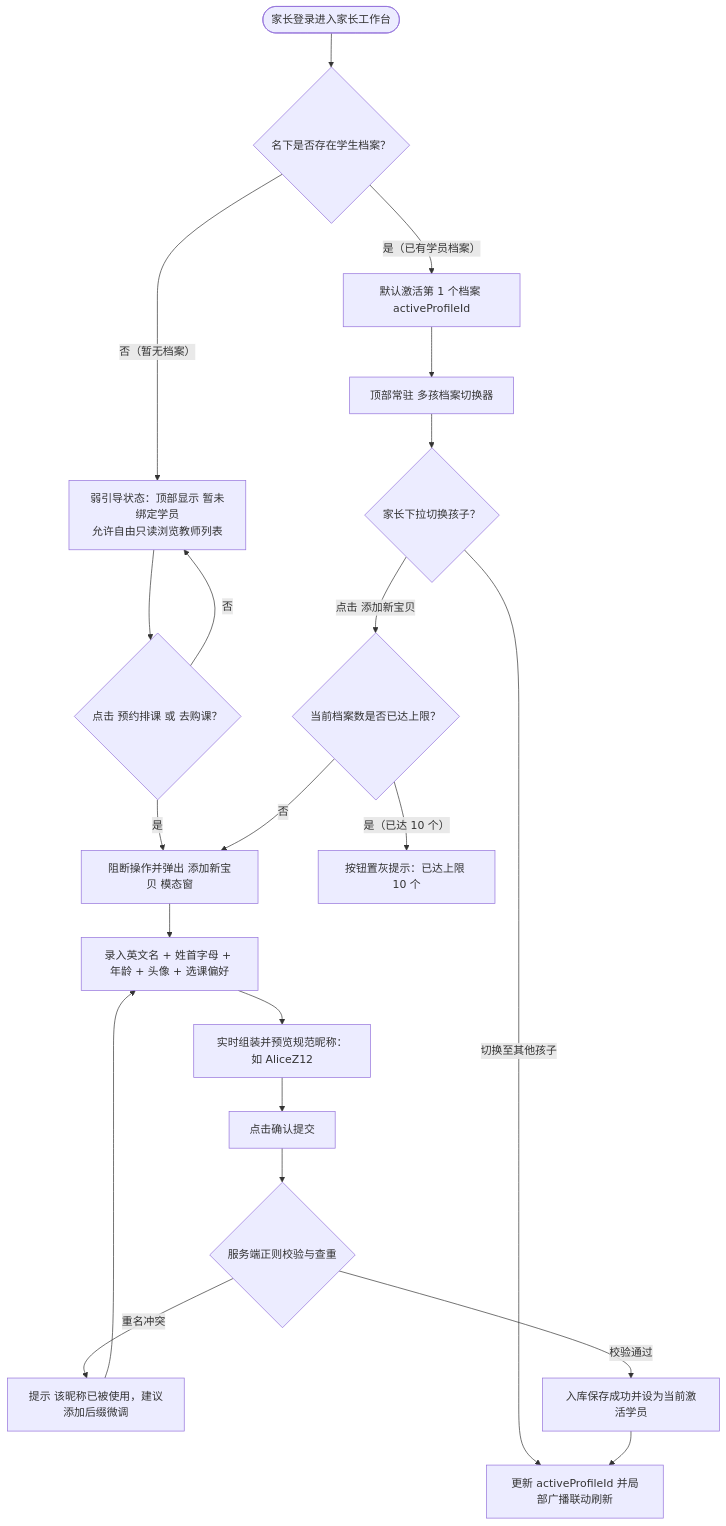
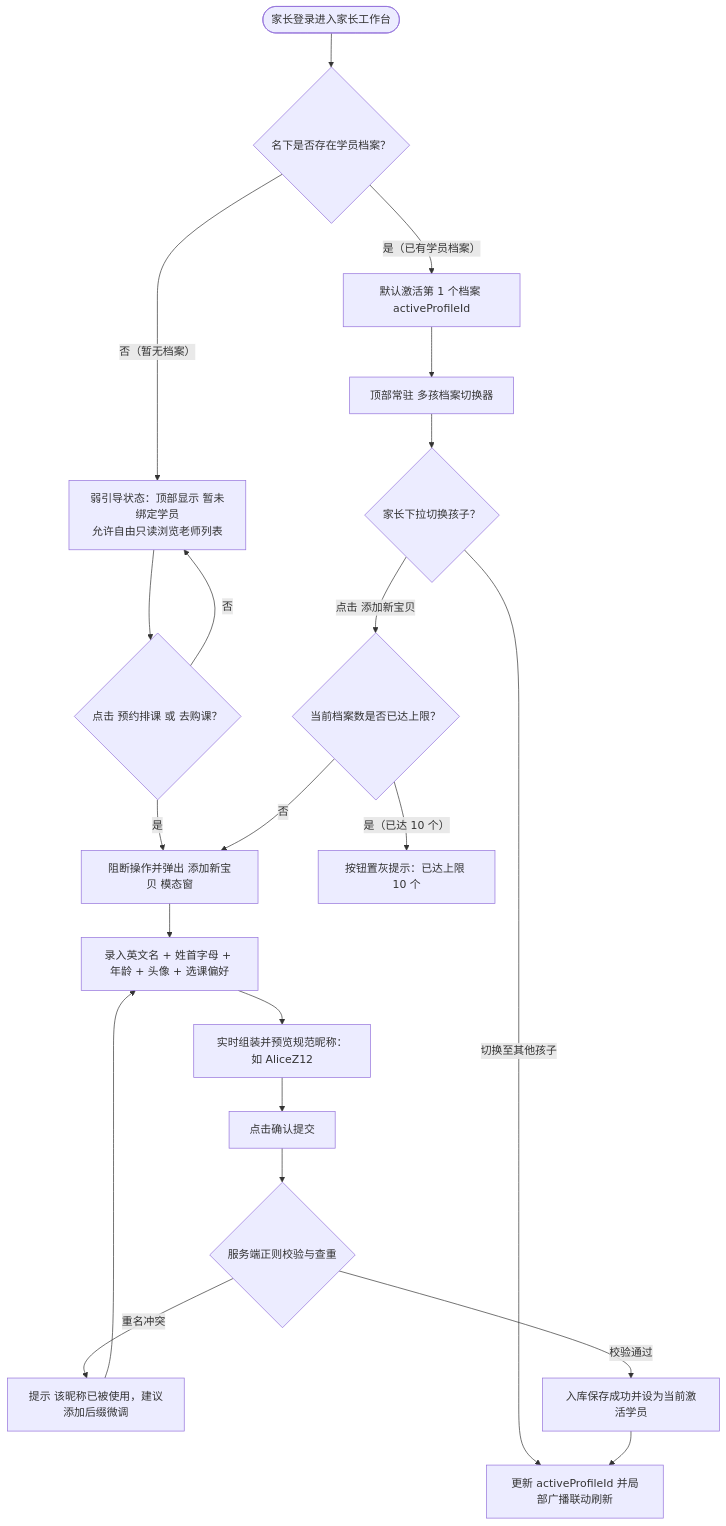
The first of 6 diagrams in docs/prd/m1a_student_profile.md (Onezao/dream), drawn with Mermaid before and after one commit. The commit also changed other lines of this file and 37 other files, not shown here.

````diff
--- a/docs/prd/m1a_student_profile.md
+++ b/docs/prd/m1a_student_profile.md
@@ -57,27 +57,27 @@
 ```mermaid
 flowchart TD
-    Start(["家长登录进入家长工作台"]) --> CheckProfiles{"名下是否存在学生档案？"}
+    Start(["家长登录进入家长工作台"]) --> CheckProfiles{"名下是否存在学员档案？"}
     
-    CheckProfiles -->|"否（暂无档案）"| WeakGuide["弱引导状态：顶部显示 暂未绑定学员<br/>允许自由只读浏览教师列表"]
+    CheckProfiles -->|"否（暂无档案）"| WeakGuide["弱引导状态：顶部显示 暂未绑定学员<br/>允许自由只读浏览老师列表"]
     WeakGuide --> ActionTrigger{"点击 预约排课 或 去购课？"}
     ActionTrigger -->|"否"| WeakGuide
     ActionTrigger -->|"是"| OpenCreateModal["阻断操作并弹出 添加新宝贝 模态窗"]
 
     CheckProfiles -->|"是（已有学员档案）"| LoadDefault["默认激活第 1 个档案 activeProfileId"]
     LoadDefault --> RenderSwitcher["顶部常驻 多孩档案切换器"]
     RenderSwitcher --> SwitchClick{"家长下拉切换孩子？"}
     SwitchClick -->|"切换至其他孩子"| BroadcastActive["更新 activeProfileId 并局部广播联动刷新"]
     SwitchClick -->|"点击 添加新宝贝"| CheckLimit{"当前档案数是否已达上限？"}
     
     CheckLimit -->|"是（已达 10 个）"| DisableAdd["按钮置灰提示：已达上限 10 个"]
     CheckLimit -->|"否"| OpenCreateModal
 
     OpenCreateModal --> InputForm["录入英文名 + 姓首字母 + 年龄 + 头像 + 选课偏好"]
     InputForm --> LivePreview["实时组装并预览规范昵称：如 AliceZ12"]
     LivePreview --> SubmitCreate["点击确认提交"]
     
     SubmitCreate --> ServerVerify{"服务端正则校验与查重"}
     ServerVerify -->|"重名冲突"| ShowError["提示 该昵称已被使用，建议添加后缀微调"] --> InputForm
     ServerVerify -->|"校验通过"| CreateSuccess["入库保存成功并设为当前激活学员"]
     CreateSuccess --> BroadcastActive
 ```
````
